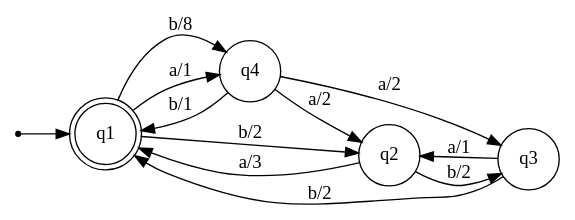
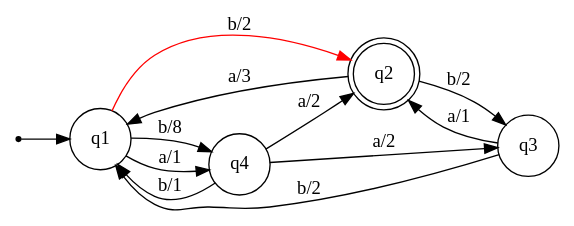
One commit to zenAndroid/oracle-extract changed the diagram in input.dot. Above: the diagram before and after it, drawn with Graphviz. The commit also changed 1 other file, not shown here.

```diff
--- a/input.dot
+++ b/input.dot
@@ -1,17 +1,17 @@
 digraph Automaton {
     node [shape=point] INIT;
-    q1 [shape="doublecircle"];
+    q2 [shape="doublecircle"];
     node [shape=circle];
     rankdir = LR;
     INIT -> q1;
-    q1 -> q2 [label="b/2"];
+    q1 -> q2 [label="b/2", color=red];
     q1 -> q4 [label="b/8"];
     q1 -> q4 [label="a/1"];
     q2 -> q1 [label="a/3"];
     q2 -> q3 [label="b/2"];
     q3 -> q2 [label="a/1"];
     q3 -> q1 [label="b/2"];
     q4 -> q1 [label="b/1"];
     q4 -> q3 [label="a/2"];
     q4 -> q2 [label="a/2"];
 }
```
